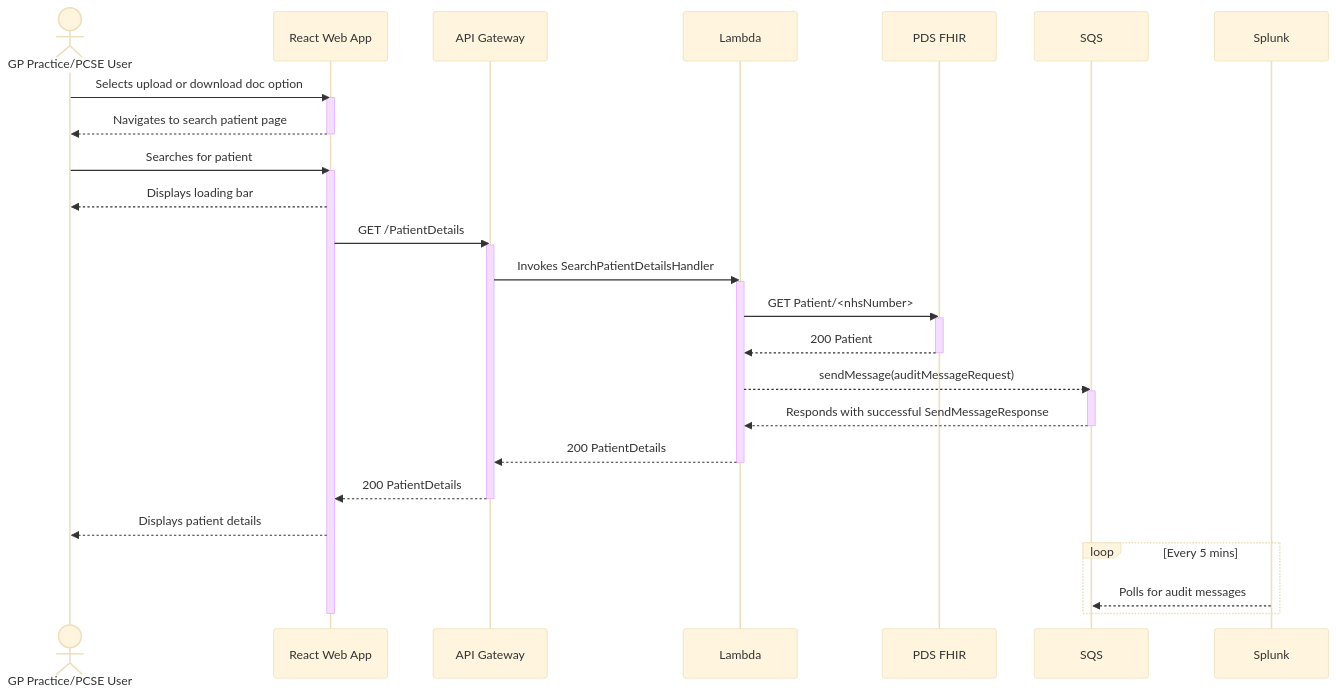
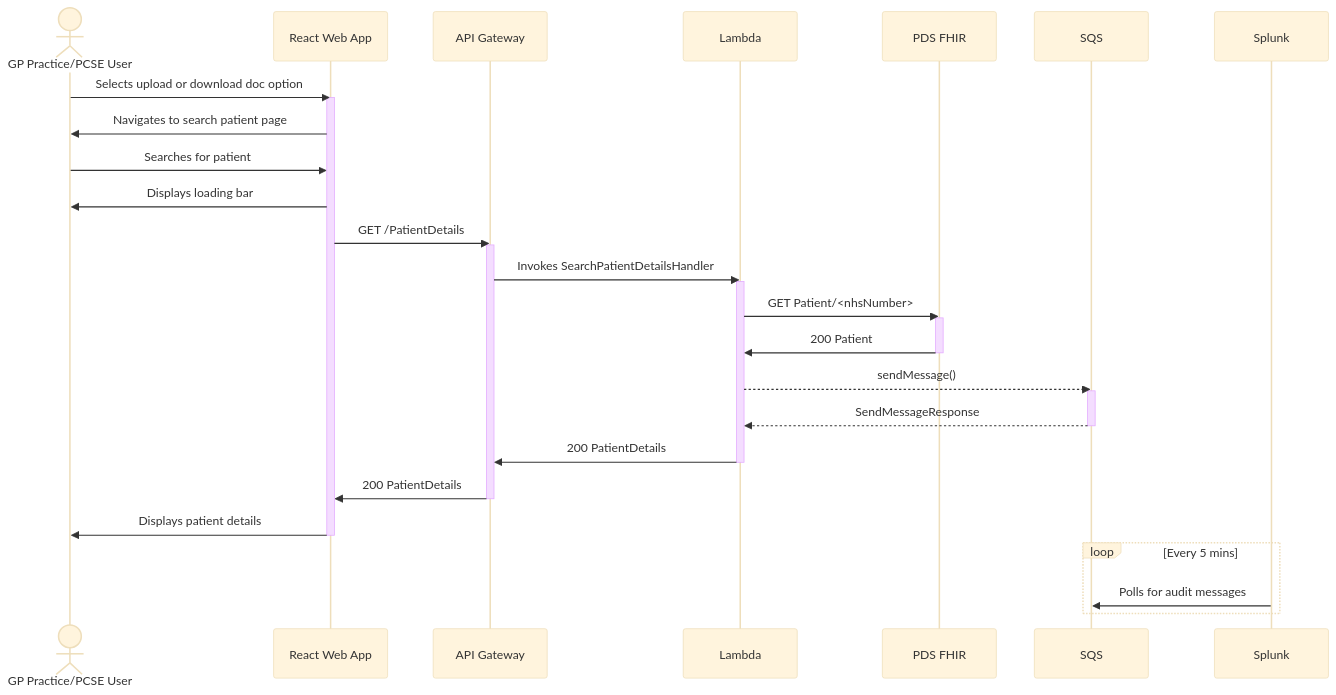
Before and after one commit to nhsconnect/document-store-prototype: the diagram in docs/diagrams/sequence/search-patient-details.md, drawn with Mermaid (base theme). The commit also changed 1 other file, not shown here.

Commit message:
[PRMT-3138] Update upload and search patient details sequence diagrams

````diff
--- a/docs/diagrams/sequence/search-patient-details.md
+++ b/docs/diagrams/sequence/search-patient-details.md
@@ -8,32 +8,30 @@
 ```mermaid
 sequenceDiagram
     actor GP Practice/PCSE User
     GP Practice/PCSE User->>React Web App: Selects upload or download doc option
     activate React Web App
-    React Web App-->>GP Practice/PCSE User: Navigates to search patient page
+        React Web App->>GP Practice/PCSE User: Navigates to search patient page
+        GP Practice/PCSE User->>React Web App: Searches for patient
+        React Web App->>GP Practice/PCSE User: Displays loading bar
+        React Web App->>API Gateway: GET /PatientDetails
+        activate API Gateway
+            API Gateway->>Lambda: Invokes SearchPatientDetailsHandler
+            activate Lambda
+                Lambda->>PDS FHIR: GET Patient/<nhsNumber>
+                activate PDS FHIR
+                    PDS FHIR->>Lambda: 200 Patient
+                deactivate PDS FHIR
+                Lambda-->>SQS: sendMessage()
+                activate SQS
+                    SQS-->>Lambda: SendMessageResponse
+                deactivate SQS
+                Lambda->>API Gateway: 200 PatientDetails
+            deactivate Lambda
+            API Gateway->>React Web App: 200 PatientDetails
+        deactivate API Gateway
+        React Web App->>GP Practice/PCSE User: Displays patient details
     deactivate React Web App
-    GP Practice/PCSE User->>React Web App: Searches for patient
-    activate React Web App
-    React Web App-->>GP Practice/PCSE User: Displays loading bar
-    React Web App->>API Gateway: GET /PatientDetails
-    activate API Gateway
-    API Gateway->>Lambda: Invokes SearchPatientDetailsHandler
-    activate Lambda
-    Lambda->>PDS FHIR: GET Patient/<nhsNumber>
-    activate PDS FHIR
-    PDS FHIR-->>Lambda: 200 Patient
-    deactivate PDS FHIR
-    Lambda-->>SQS: sendMessage(auditMessageRequest)
-    activate SQS
-    SQS-->>Lambda: Responds with successful SendMessageResponse
-    deactivate SQS
-    Lambda-->>API Gateway: 200 PatientDetails
-    deactivate Lambda
-    API Gateway-->>React Web App: 200 PatientDetails
-    deactivate API Gateway
-    React Web App-->>GP Practice/PCSE User: Displays patient details
     loop Every 5 mins
-        Splunk-->>SQS: Polls for audit messages
+        Splunk->>SQS: Polls for audit messages
     end
-    deactivate React Web App
 ```
````
